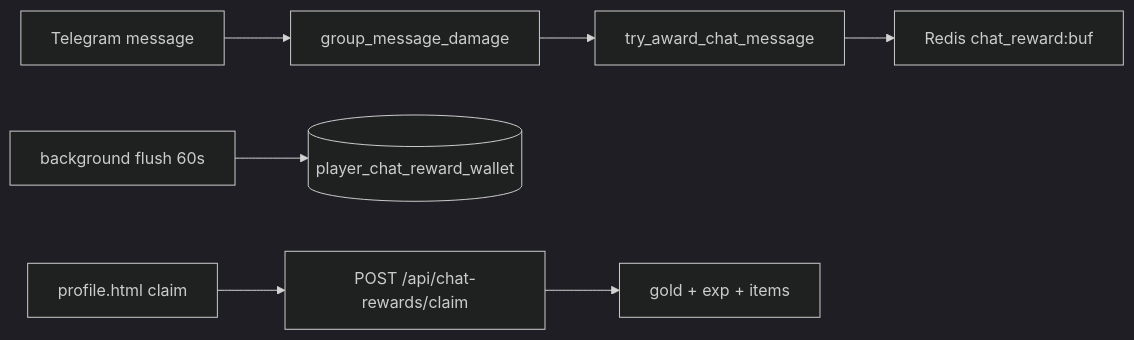
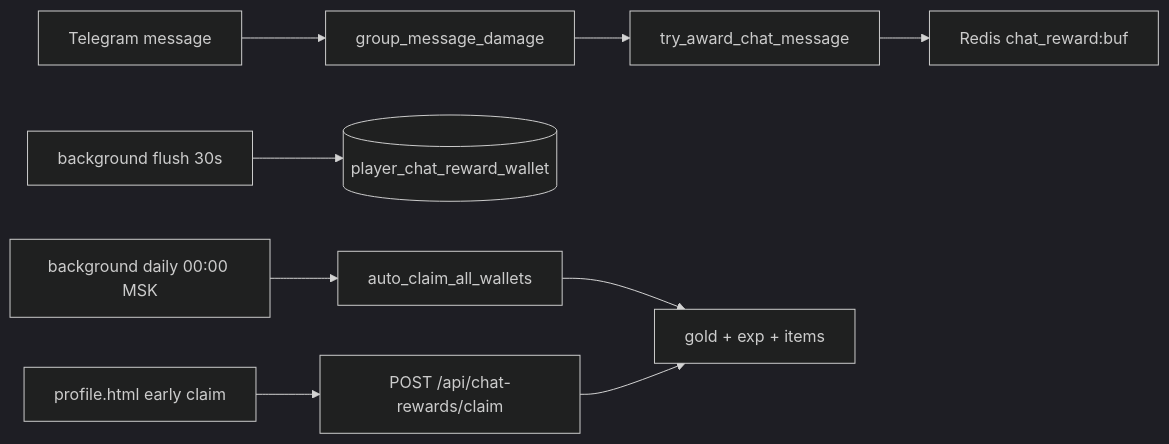
One commit to Shimmmi/Waifu_bot_REBORN changed the diagram in docs/CHAT_ACTIVITY_REWARDS.md. Above: the diagram before and after it, drawn with Mermaid (dark theme). The commit also changed other lines of this file and 24 other files, not shown here.

First line of the commit message:
Refactor chat rewards and enhance tavern BGM features.

````diff
--- a/docs/CHAT_ACTIVITY_REWARDS.md
+++ b/docs/CHAT_ACTIVITY_REWARDS.md
@@ -7,9 +7,11 @@
 ```mermaid
 flowchart LR
   TG[Telegram message] --> GH[group_message_damage]
   GH --> CRH[try_award_chat_message]
   CRH --> RB[Redis chat_reward:buf]
-  BG[background flush 60s] --> DB[(player_chat_reward_wallet)]
-  WEB[profile.html claim] --> API[POST /api/chat-rewards/claim]
-  API --> Player[gold + exp + items]
+  BG[background flush 30s] --> DB[(player_chat_reward_wallet)]
+  MID[background daily 00:00 MSK] --> AUTO[auto_claim_all_wallets]
+  AUTO --> Player[gold + exp + items]
+  WEB[profile.html early claim] --> API[POST /api/chat-rewards/claim]
+  API --> Player
 ```
````
